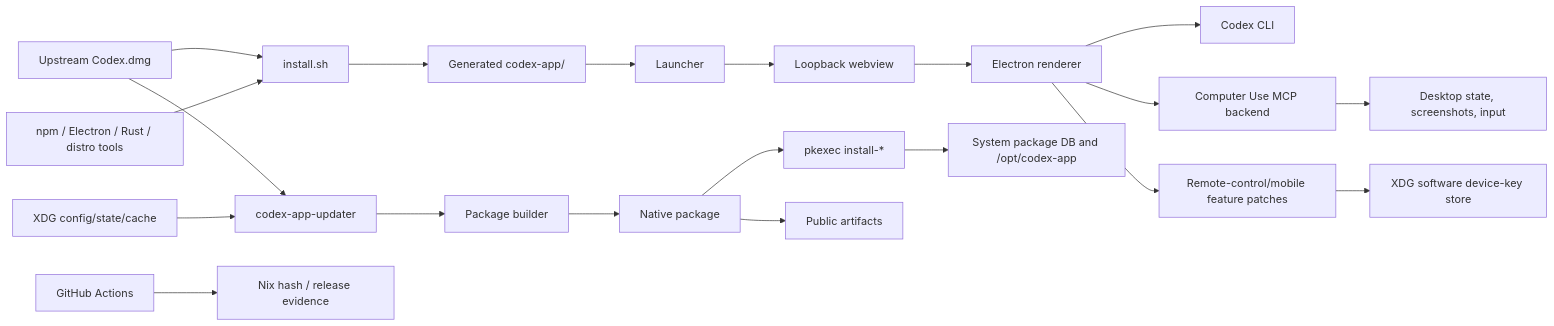
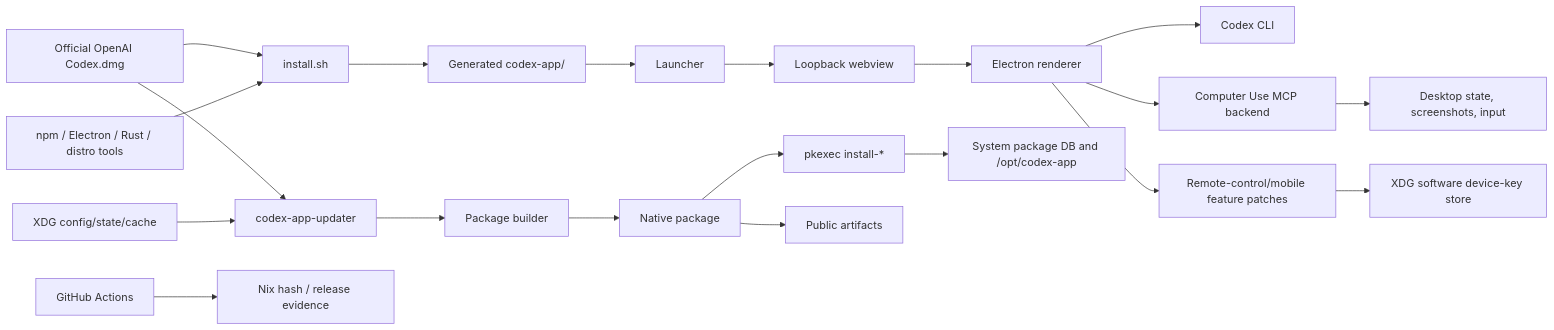
One commit to nisavid/codex-app-linux changed the diagram in docs/maintainers/threat-model.md. Above: the diagram before and after it, drawn with Mermaid. The commit also changed other lines of this file and 72 other files, not shown here.

````diff
--- a/docs/maintainers/threat-model.md
+++ b/docs/maintainers/threat-model.md
@@ -186,22 +187,22 @@
 ```mermaid
 flowchart LR
-  D["Upstream Codex.dmg"] --> I["install.sh"]
+  D["Official OpenAI Codex.dmg"] --> I["install.sh"]
   D --> U["codex-app-updater"]
   N["npm / Electron / Rust / distro tools"] --> I
   I --> G["Generated codex-app/"]
   G --> L["Launcher"]
   L --> W["Loopback webview"]
   W --> E["Electron renderer"]
   E --> C["Codex CLI"]
   E --> M["Computer Use MCP backend"]
   E --> RC["Remote-control/mobile feature patches"]
   M --> H["Desktop state, screenshots, input"]
   RC --> K["XDG software device-key store"]
   U --> B["Package builder"]
   B --> P["Native package"]
   P --> X["pkexec install-*"]
   X --> S["System package DB and /opt/codex-app"]
   R["XDG config/state/cache"] --> U
   A["GitHub Actions"] --> F["Nix hash / release evidence"]
   P --> O["Public artifacts"]
 ```
````
